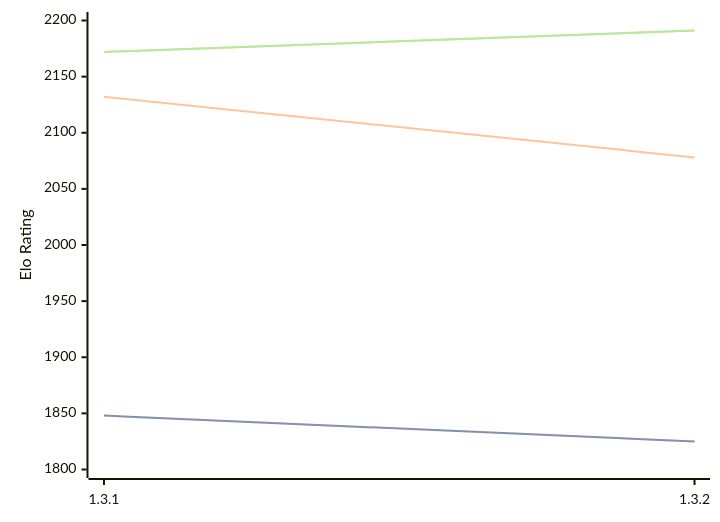
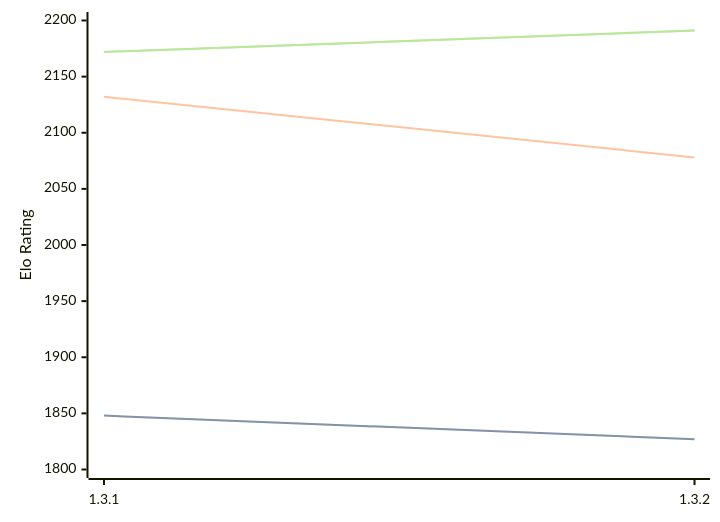
The diagram in engines/Zugblitz.md (computer-chess-index/cci), drawn with Mermaid before and after one commit. The commit also changed other lines of this file, not shown here.

````diff
--- a/engines/Zugblitz.md
+++ b/engines/Zugblitz.md
@@ -32,11 +32,11 @@
 ```mermaid
 %%{init: {"theme":"base","themeVariables":{"seriesColors:['#a3a3a3','#222221','#faa371']}}}%%
 xychart-beta
   x-axis ["1.3.1", "1.3.2"]
   y-axis "Elo Rating" 1800 --> 2200
-  line "STC (8.0+0.08s)" [1848, 1825]
-  line "STC (8.0+0.08s)" [1848, 1825]
+  line "STC (8.0+0.08s)" [1848, 1827]
+  line "STC (8.0+0.08s)" [1848, 1827]
   line "LTC (60.0+0.60s)" [2132, 2078]
   line "VLTC (2m24s+1.12s)" [2172, 2191]
   line "VLTC (2m24s+1.12s)" [2172, 2191]
 ```
````
